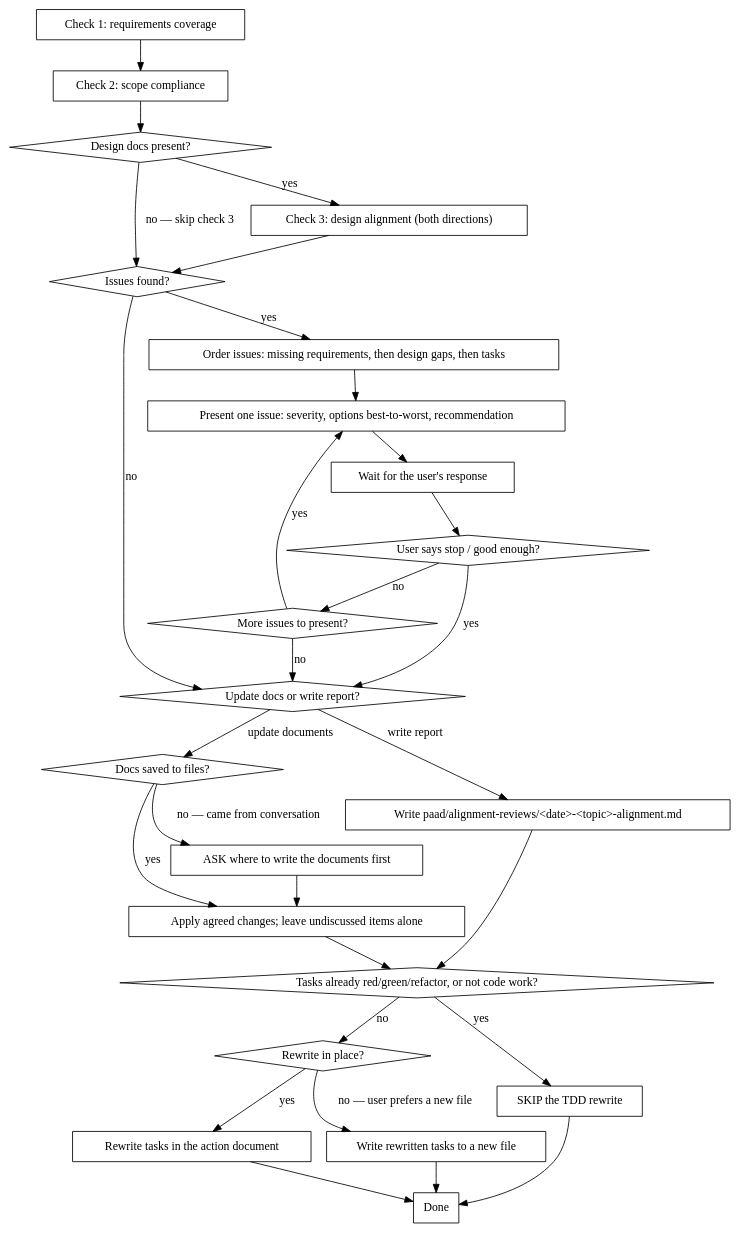
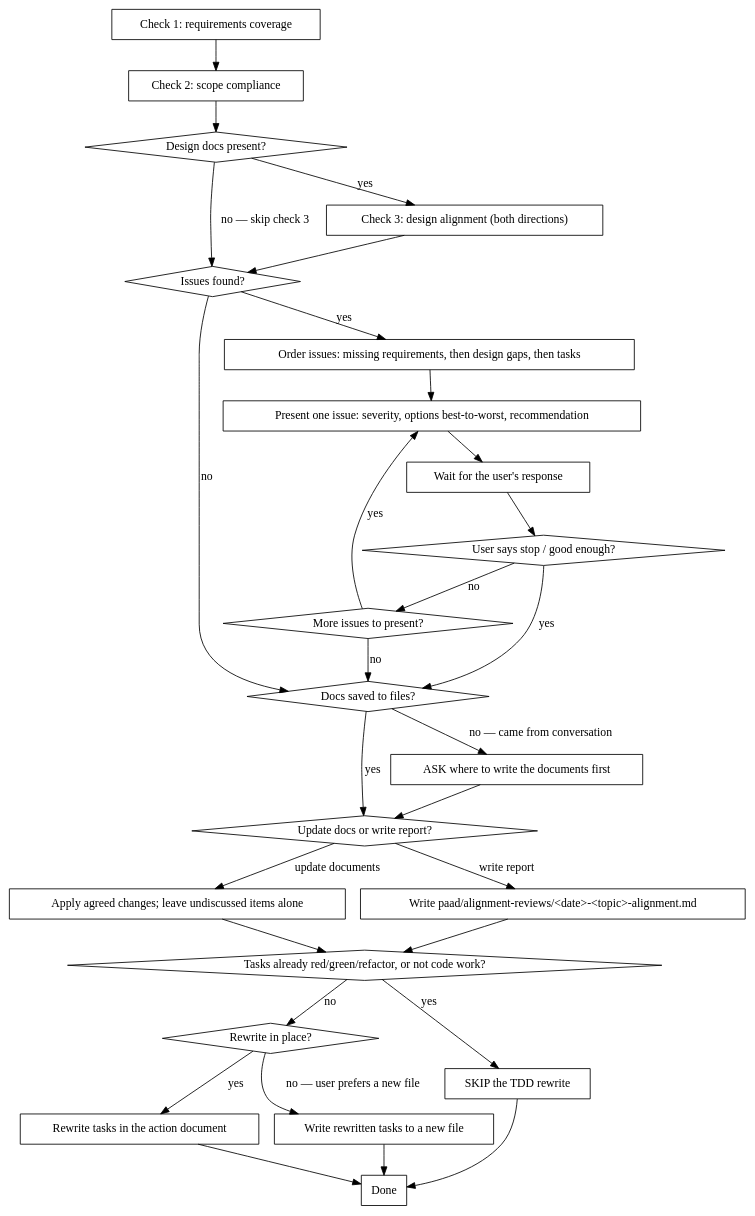
One commit to Ovid/paad changed the second of 2 diagrams in plugins/paad/skills/alignment/SKILL.md. Above: the diagram before and after it, drawn with Graphviz. The commit also changed 2 other files, not shown here.

Commit message:
makefile/architecture/alignment: three review corrections
makefile: draw the cover watch-mode gate — getting it wrong hangs the build,
which outranks the output-verbosity decision that was drawn instead.

agentic-architecture: the distributed-system check lives inside the
Integration & Data specialist's prompt, not in the orchestrator between
Phase 2 and Phase 3; relabelled to say whose decision it is.

alignment: hoist the saved-to-files check above the update-vs-report fork,
matching both the prose ('then proceed with the chosen output option') and
the identical construct in pushback.

````diff
--- a/plugins/paad/skills/alignment/SKILL.md
+++ b/plugins/paad/skills/alignment/SKILL.md
@@ -104,58 +104,58 @@
 ```dot
 digraph analysis_and_resolution {
   "Design docs present?" [shape=diamond];
   "Issues found?" [shape=diamond];
   "User says stop / good enough?" [shape=diamond];
   "More issues to present?" [shape=diamond];
   "Update docs or write report?" [shape=diamond];
   "Docs saved to files?" [shape=diamond];
   "Tasks already red/green/refactor, or not code work?" [shape=diamond];
   "Rewrite in place?" [shape=diamond];
 
   "Check 1: requirements coverage" [shape=box];
   "Check 2: scope compliance" [shape=box];
   "Check 3: design alignment (both directions)" [shape=box];
   "Order issues: missing requirements, then design gaps, then tasks" [shape=box];
   "Present one issue: severity, options best-to-worst, recommendation" [shape=box];
   "Wait for the user's response" [shape=box];
   "Apply agreed changes; leave undiscussed items alone" [shape=box];
   "Write paad/alignment-reviews/<date>-<topic>-alignment.md" [shape=box];
   "ASK where to write the documents first" [shape=box];
   "SKIP the TDD rewrite" [shape=box];
   "Rewrite tasks in the action document" [shape=box];
   "Write rewritten tasks to a new file" [shape=box];
   "Done" [shape=box];
 
   "Check 1: requirements coverage" -> "Check 2: scope compliance";
   "Check 2: scope compliance" -> "Design docs present?";
   "Design docs present?" -> "Check 3: design alignment (both directions)" [label="yes"];
   "Design docs present?" -> "Issues found?" [label="no — skip check 3"];
   "Check 3: design alignment (both directions)" -> "Issues found?";
 
   "Issues found?" -> "Order issues: missing requirements, then design gaps, then tasks" [label="yes"];
-  "Issues found?" -> "Update docs or write report?" [label="no"];
+  "Issues found?" -> "Docs saved to files?" [label="no"];
   "Order issues: missing requirements, then design gaps, then tasks" -> "Present one issue: severity, options best-to-worst, recommendation";
   "Present one issue: severity, options best-to-worst, recommendation" -> "Wait for the user's response";
   "Wait for the user's response" -> "User says stop / good enough?";
-  "User says stop / good enough?" -> "Update docs or write report?" [label="yes"];
+  "User says stop / good enough?" -> "Docs saved to files?" [label="yes"];
   "User says stop / good enough?" -> "More issues to present?" [label="no"];
   "More issues to present?" -> "Present one issue: severity, options best-to-worst, recommendation" [label="yes"];
-  "More issues to present?" -> "Update docs or write report?" [label="no"];
+  "More issues to present?" -> "Docs saved to files?" [label="no"];
 
-  "Update docs or write report?" -> "Docs saved to files?" [label="update documents"];
+  "Docs saved to files?" -> "Update docs or write report?" [label="yes"];
+  "Docs saved to files?" -> "ASK where to write the documents first" [label="no — came from conversation"];
+  "ASK where to write the documents first" -> "Update docs or write report?";
+  "Update docs or write report?" -> "Apply agreed changes; leave undiscussed items alone" [label="update documents"];
   "Update docs or write report?" -> "Write paad/alignment-reviews/<date>-<topic>-alignment.md" [label="write report"];
-  "Docs saved to files?" -> "Apply agreed changes; leave undiscussed items alone" [label="yes"];
-  "Docs saved to files?" -> "ASK where to write the documents first" [label="no — came from conversation"];
-  "ASK where to write the documents first" -> "Apply agreed changes; leave undiscussed items alone";
   "Apply agreed changes; leave undiscussed items alone" -> "Tasks already red/green/refactor, or not code work?";
   "Write paad/alignment-reviews/<date>-<topic>-alignment.md" -> "Tasks already red/green/refactor, or not code work?";
 
   "Tasks already red/green/refactor, or not code work?" -> "SKIP the TDD rewrite" [label="yes"];
   "Tasks already red/green/refactor, or not code work?" -> "Rewrite in place?" [label="no"];
   "Rewrite in place?" -> "Rewrite tasks in the action document" [label="yes"];
   "Rewrite in place?" -> "Write rewritten tasks to a new file" [label="no — user prefers a new file"];
   "SKIP the TDD rewrite" -> "Done";
   "Rewrite tasks in the action document" -> "Done";
   "Write rewritten tasks to a new file" -> "Done";
 }
 ```
````
